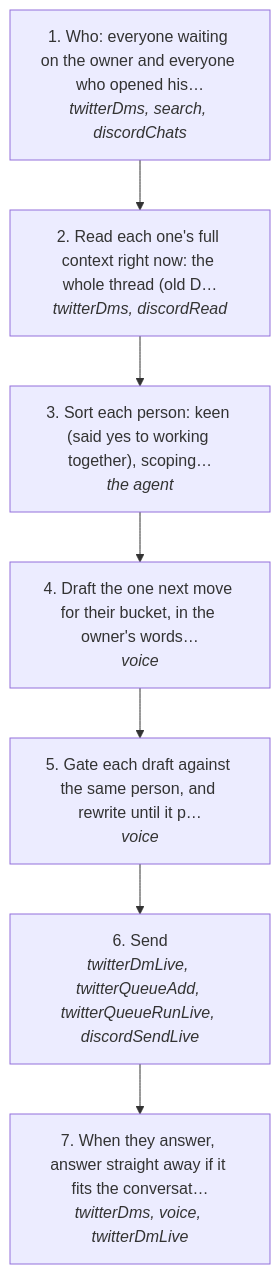
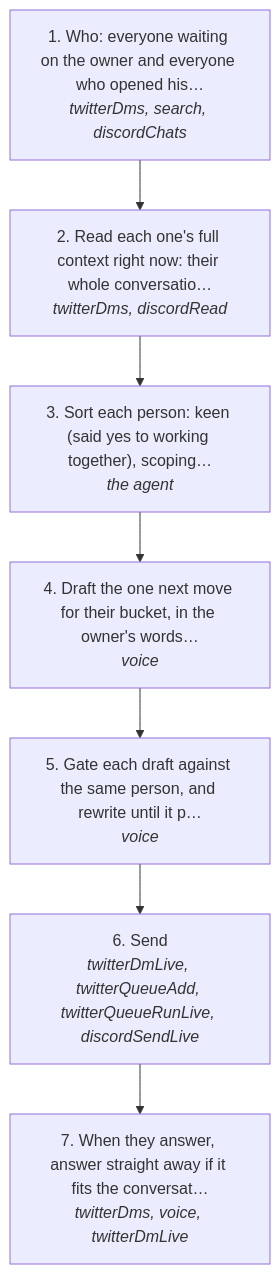
One commit to matthewdonsemail-lab/log changed the diagram in docs/useCases/twitter/collabMaxxing.md. Above: the diagram before and after it, drawn with Mermaid. The commit also changed other lines of this file and 25 other files, not shown here.

Commit message:
docs(twitter): agent steps say read their whole conversation, never the two X inboxes

````diff
--- a/docs/useCases/twitter/collabMaxxing.md
+++ b/docs/useCases/twitter/collabMaxxing.md
@@ -16,16 +16,16 @@
 ```mermaid
 flowchart TD
   s0["1. Who: everyone waiting on the owner and everyone who opened his…<br/><i>twitterDms, search, discordChats</i>"]
-  s1["2. Read each one's full context right now: the whole thread (old D…<br/><i>twitterDms, discordRead</i>"]
+  s1["2. Read each one's full context right now: their whole conversatio…<br/><i>twitterDms, discordRead</i>"]
   s2["3. Sort each person: keen (said yes to working together), scoping…<br/><i>the agent</i>"]
   s3["4. Draft the one next move for their bucket, in the owner's words…<br/><i>voice</i>"]
   s4["5. Gate each draft against the same person, and rewrite until it p…<br/><i>voice</i>"]
   s5["6. Send<br/><i>twitterDmLive, twitterQueueAdd, twitterQueueRunLive, discordSendLive</i>"]
   s6["7. When they answer, answer straight away if it fits the conversat…<br/><i>twitterDms, voice, twitterDmLive</i>"]
   s0 --> s1
   s1 --> s2
   s2 --> s3
   s3 --> s4
   s4 --> s5
   s5 --> s6
 ```
````
